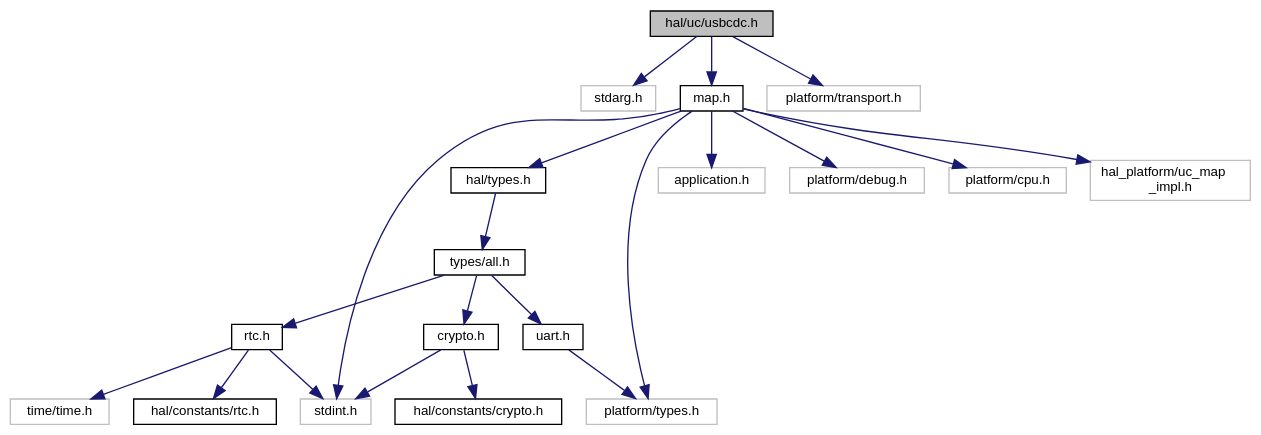
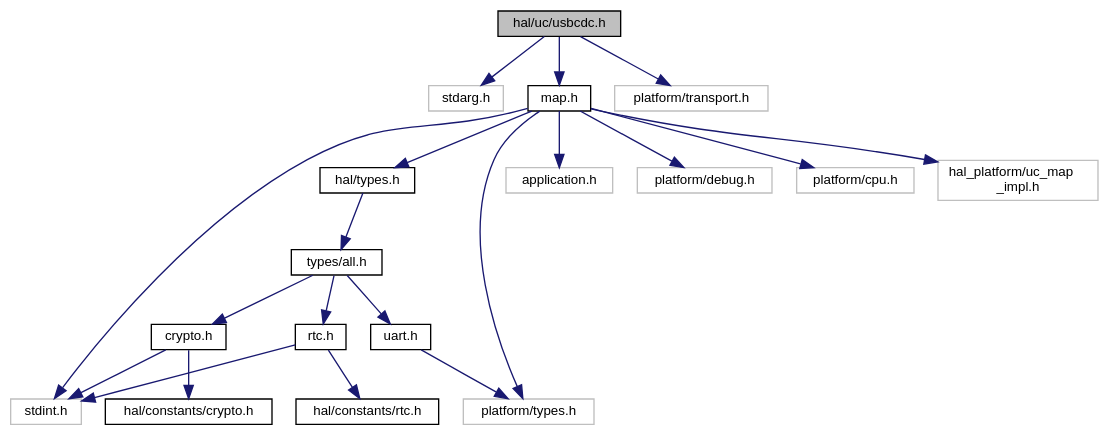
The diagram in usbcdc_8h__incl.dot (ebs-universe/piolib-hal-uc), drawn with Graphviz before and after one commit. The commit also changed 140 other files, not shown here.

```diff
--- a/usbcdc_8h__incl.dot
+++ b/usbcdc_8h__incl.dot
@@ -1,46 +1,44 @@
 digraph "hal/uc/usbcdc.h"
 {
  // INTERACTIVE_SVG=YES
  // LATEX_PDF_SIZE
   bgcolor="transparent";
   edge [fontname="Helvetica",fontsize="10",labelfontname="Helvetica",labelfontsize="10"];
   node [fontname="Helvetica",fontsize="10",shape=record];
   Node1 [label="hal/uc/usbcdc.h",height=0.2,width=0.4,color="black", fillcolor="grey75", style="filled", fontcolor="black",tooltip="HAL for USB CDC interface."];
   Node1 -> Node2 [color="midnightblue",fontsize="10",style="solid",fontname="Helvetica"];
   Node2 [label="stdarg.h",height=0.2,width=0.4,color="grey75",tooltip=" "];
   Node1 -> Node3 [color="midnightblue",fontsize="10",style="solid",fontname="Helvetica"];
   Node3 [label="map.h",height=0.2,width=0.4,color="black",URL="$map_8h.html",tooltip="HAL for uC Peripheral Map."];
   Node3 -> Node4 [color="midnightblue",fontsize="10",style="solid",fontname="Helvetica"];
   Node4 [label="stdint.h",height=0.2,width=0.4,color="grey75",tooltip=" "];
   Node3 -> Node5 [color="midnightblue",fontsize="10",style="solid",fontname="Helvetica"];
   Node5 [label="platform/types.h",height=0.2,width=0.4,color="grey75",tooltip=" "];
   Node3 -> Node6 [color="midnightblue",fontsize="10",style="solid",fontname="Helvetica"];
   Node6 [label="hal/types.h",height=0.2,width=0.4,color="black",URL="$types_8h_source.html",tooltip=" "];
   Node6 -> Node7 [color="midnightblue",fontsize="10",style="solid",fontname="Helvetica"];
   Node7 [label="types/all.h",height=0.2,width=0.4,color="black",URL="$types_2all_8h_source.html",tooltip=" "];
   Node7 -> Node8 [color="midnightblue",fontsize="10",style="solid",fontname="Helvetica"];
   Node8 [label="crypto.h",height=0.2,width=0.4,color="black",URL="$types_2crypto_8h_source.html",tooltip=" "];
   Node8 -> Node4 [color="midnightblue",fontsize="10",style="solid",fontname="Helvetica"];
   Node8 -> Node9 [color="midnightblue",fontsize="10",style="solid",fontname="Helvetica"];
   Node9 [label="hal/constants/crypto.h",height=0.2,width=0.4,color="black",URL="$constants_2crypto_8h_source.html",tooltip=" "];
   Node7 -> Node10 [color="midnightblue",fontsize="10",style="solid",fontname="Helvetica"];
   Node10 [label="rtc.h",height=0.2,width=0.4,color="black",URL="$types_2rtc_8h_source.html",tooltip=" "];
   Node10 -> Node4 [color="midnightblue",fontsize="10",style="solid",fontname="Helvetica"];
   Node10 -> Node11 [color="midnightblue",fontsize="10",style="solid",fontname="Helvetica"];
   Node11 [label="hal/constants/rtc.h",height=0.2,width=0.4,color="black",URL="$constants_2rtc_8h_source.html",tooltip=" "];
-  Node10 -> Node12 [color="midnightblue",fontsize="10",style="solid",fontname="Helvetica"];
-  Node12 [label="time/time.h",height=0.2,width=0.4,color="grey75",tooltip=" "];
-  Node7 -> Node13 [color="midnightblue",fontsize="10",style="solid",fontname="Helvetica"];
-  Node13 [label="uart.h",height=0.2,width=0.4,color="black",URL="$types_2uart_8h_source.html",tooltip=" "];
-  Node13 -> Node5 [color="midnightblue",fontsize="10",style="solid",fontname="Helvetica"];
+  Node7 -> Node12 [color="midnightblue",fontsize="10",style="solid",fontname="Helvetica"];
+  Node12 [label="uart.h",height=0.2,width=0.4,color="black",URL="$types_2uart_8h_source.html",tooltip=" "];
+  Node12 -> Node5 [color="midnightblue",fontsize="10",style="solid",fontname="Helvetica"];
+  Node3 -> Node13 [color="midnightblue",fontsize="10",style="solid",fontname="Helvetica"];
+  Node13 [label="application.h",height=0.2,width=0.4,color="grey75",tooltip=" "];
   Node3 -> Node14 [color="midnightblue",fontsize="10",style="solid",fontname="Helvetica"];
-  Node14 [label="application.h",height=0.2,width=0.4,color="grey75",tooltip=" "];
+  Node14 [label="platform/debug.h",height=0.2,width=0.4,color="grey75",tooltip=" "];
   Node3 -> Node15 [color="midnightblue",fontsize="10",style="solid",fontname="Helvetica"];
-  Node15 [label="platform/debug.h",height=0.2,width=0.4,color="grey75",tooltip=" "];
+  Node15 [label="platform/cpu.h",height=0.2,width=0.4,color="grey75",tooltip=" "];
   Node3 -> Node16 [color="midnightblue",fontsize="10",style="solid",fontname="Helvetica"];
-  Node16 [label="platform/cpu.h",height=0.2,width=0.4,color="grey75",tooltip=" "];
-  Node3 -> Node17 [color="midnightblue",fontsize="10",style="solid",fontname="Helvetica"];
-  Node17 [label="hal_platform/uc_map\l_impl.h",height=0.2,width=0.4,color="grey75",tooltip=" "];
-  Node1 -> Node18 [color="midnightblue",fontsize="10",style="solid",fontname="Helvetica"];
-  Node18 [label="platform/transport.h",height=0.2,width=0.4,color="grey75",tooltip=" "];
+  Node16 [label="hal_platform/uc_map\l_impl.h",height=0.2,width=0.4,color="grey75",tooltip=" "];
+  Node1 -> Node17 [color="midnightblue",fontsize="10",style="solid",fontname="Helvetica"];
+  Node17 [label="platform/transport.h",height=0.2,width=0.4,color="grey75",tooltip=" "];
 }
```
